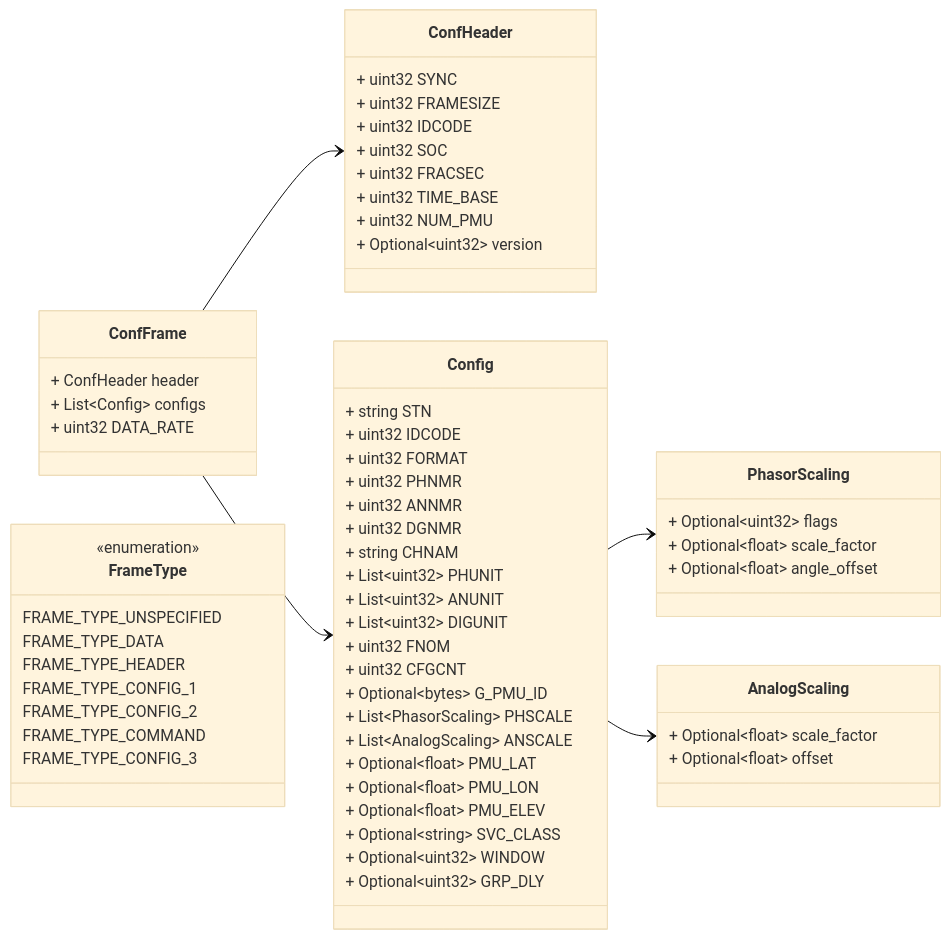
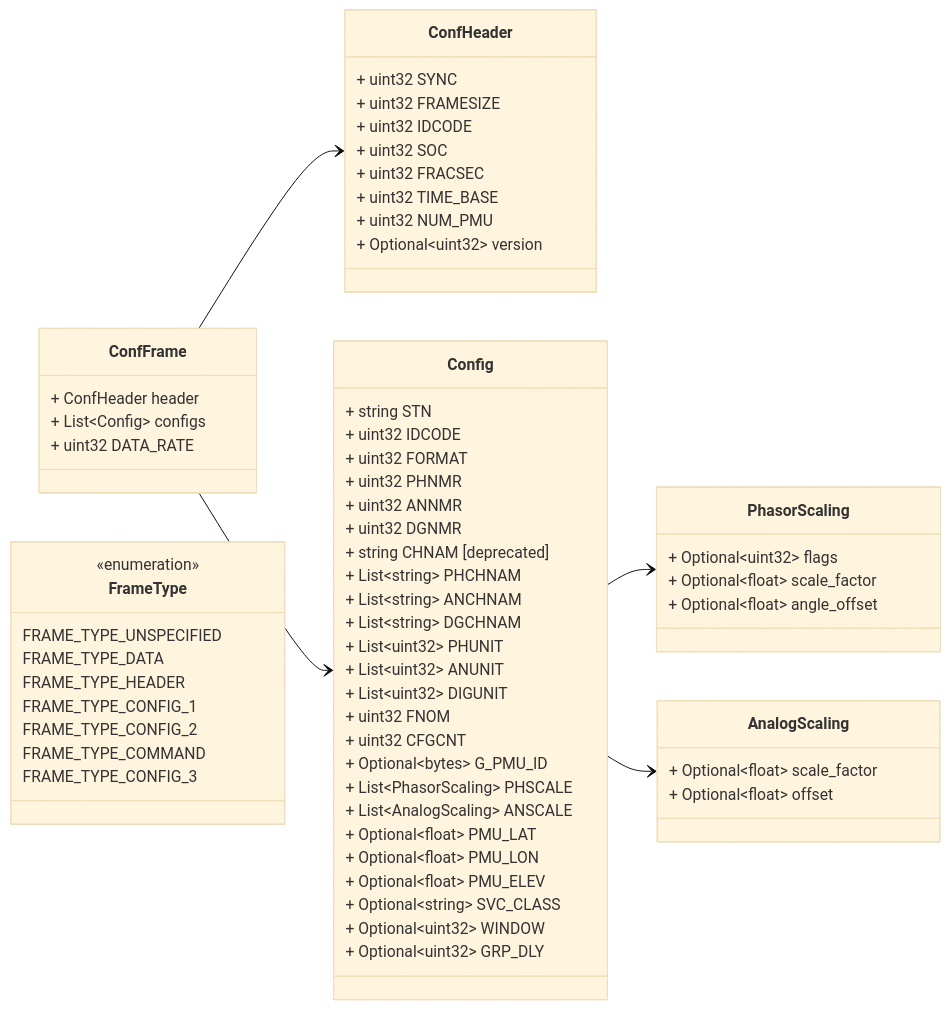
One commit to zaphiro-technologies/protobuf changed the first of 7 diagrams in docs/data_format/c37118/v1/conf.proto.md. Above: the diagram before and after it, drawn with Mermaid (base theme). The commit also changed other lines of this file and 6 other files, not shown here.

```diff
--- a/docs/data_format/c37118/v1/conf.proto.md
+++ b/docs/data_format/c37118/v1/conf.proto.md
@@ -75,7 +75,10 @@
   + uint32 PHNMR
   + uint32 ANNMR
   + uint32 DGNMR
-  + string CHNAM
+  + string CHNAM [deprecated]
+  + List~string~ PHCHNAM
+  + List~string~ ANCHNAM
+  + List~string~ DGCHNAM
   + List~uint32~ PHUNIT
   + List~uint32~ ANUNIT
   + List~uint32~ DIGUNIT
```
